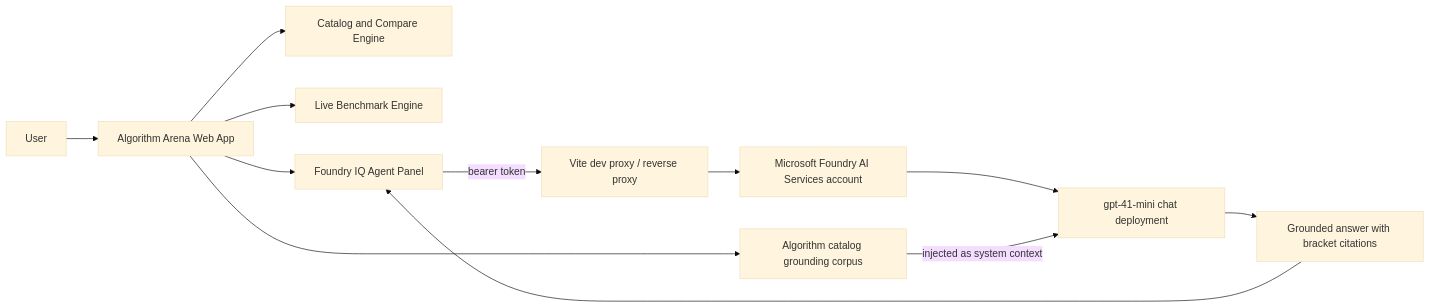
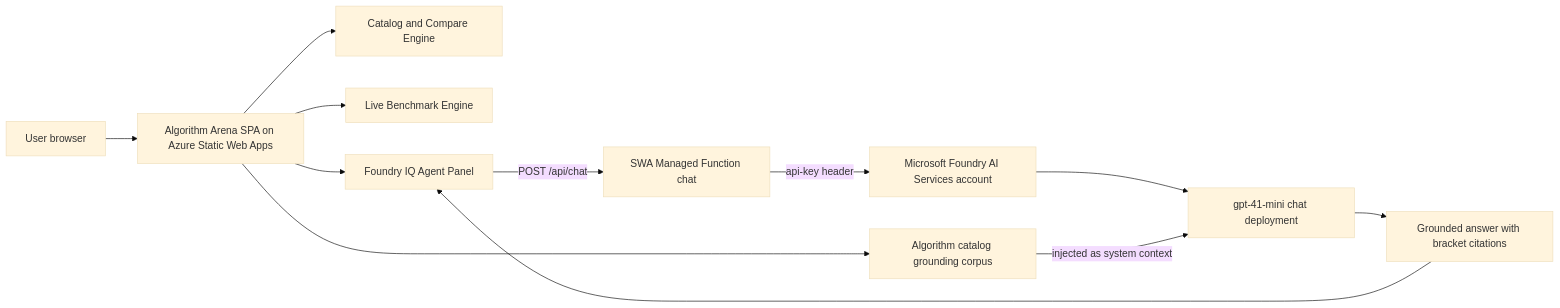
Before and after one commit to adekeji/Algorithm-Arena: the diagram in README.md, drawn with Mermaid (base theme). The commit also changed other lines of this file, not shown here.

Commit message:
README: add live hosted demo URL, document SWA Function relay, refresh checklist

````diff
--- a/README.md
+++ b/README.md
@@ -27,14 +31,14 @@
 ```mermaid
 flowchart LR
-  U[User] --> W[Algorithm Arena Web App]
+  U[User browser] --> W[Algorithm Arena SPA on Azure Static Web Apps]
   W --> C[Catalog and Compare Engine]
   W --> B[Live Benchmark Engine]
   W --> A[Foundry IQ Agent Panel]
-  A -- bearer token --> P[Vite dev proxy / reverse proxy]
-  P --> F[Microsoft Foundry AI Services account]
+  A -- POST /api/chat --> F1[SWA Managed Function chat]
+  F1 -- api-key header --> F[Microsoft Foundry AI Services account]
   F --> M[gpt-41-mini chat deployment]
   W --> G[Algorithm catalog grounding corpus]
   G -- injected as system context --> M
   M --> R[Grounded answer with bracket citations]
   R --> A
 ```
````
